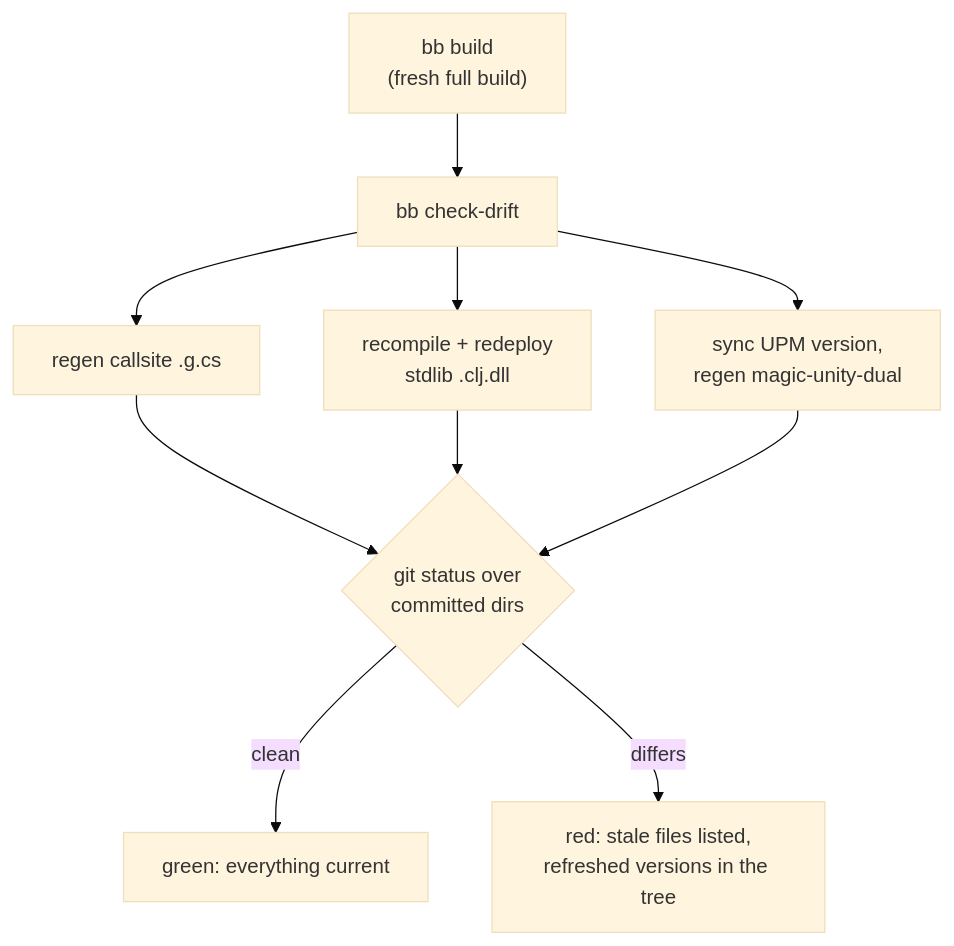
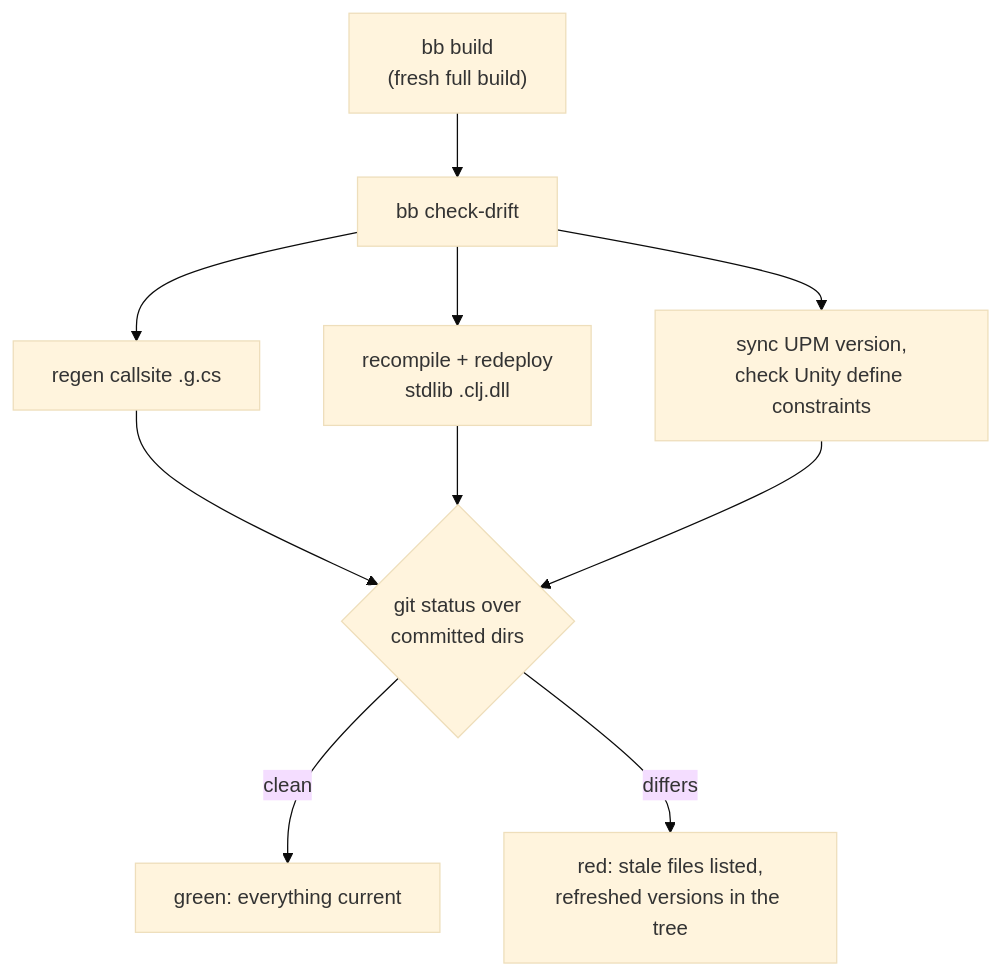
The second of 2 diagrams in docs/deterministic-compilation.md (flybot-sg/magic), drawn with Mermaid (base theme) before and after one commit. The commit also changed other lines of this file and 3 other files, not shown here.

````diff
--- a/docs/deterministic-compilation.md
+++ b/docs/deterministic-compilation.md
@@ -43,12 +43,12 @@
 ```mermaid
 flowchart TD
     build["bb build<br/>(fresh full build)"] --> drift["bb check-drift"]
     drift --> regen["regen callsite .g.cs"]
     drift --> stdlib["recompile + redeploy<br/>stdlib .clj.dll"]
-    drift --> dual["sync UPM version,<br/>regen magic-unity-dual"]
+    drift --> upm["sync UPM version,<br/>check Unity define constraints"]
     regen --> diff{"git status over<br/>committed dirs"}
     stdlib --> diff
-    dual --> diff
+    upm --> diff
     diff -->|clean| green["green: everything current"]
     diff -->|differs| red["red: stale files listed,<br/>refreshed versions in the tree"]
 ```
````
